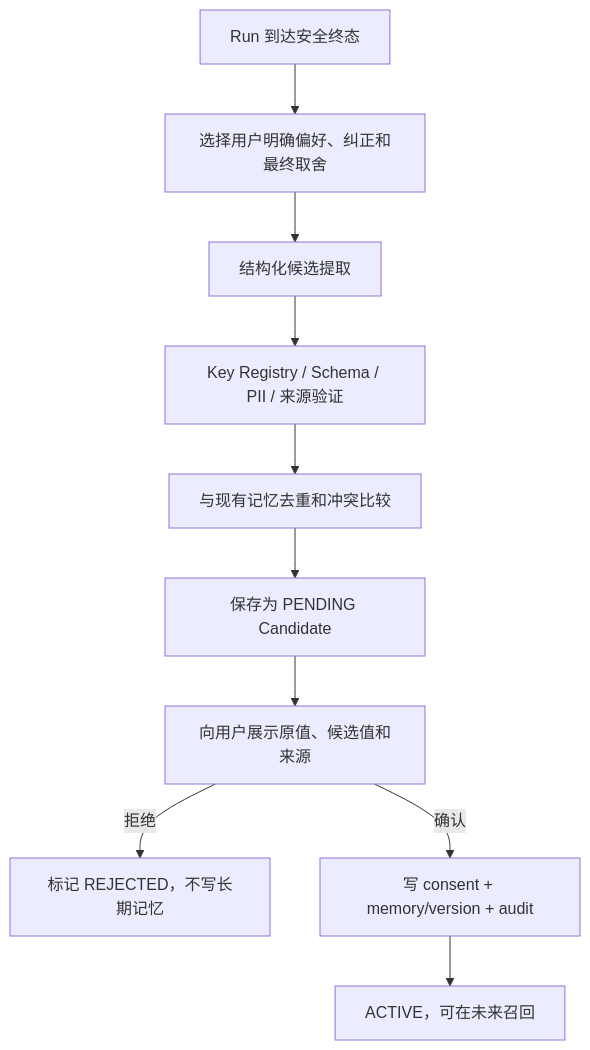
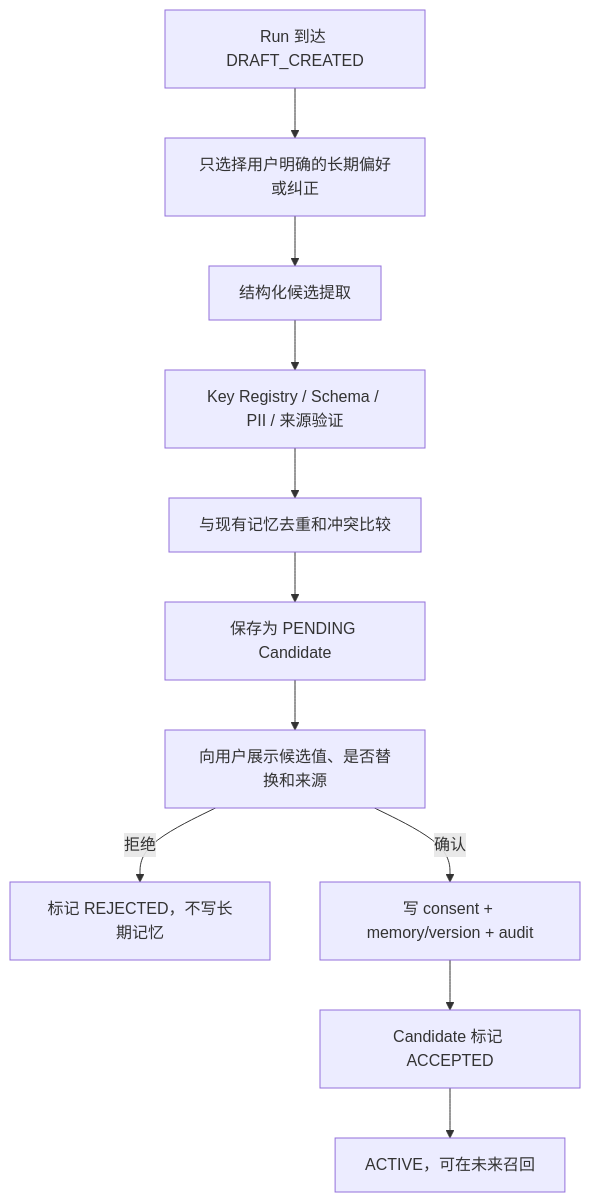
The third of 6 diagrams in docs/12-memory-context-technical-design.md (zxmEve/shopping-assistant), drawn with Mermaid before and after one commit. The commit also changed other lines of this file and 44 other files, not shown here.

````diff
--- a/docs/12-memory-context-technical-design.md
+++ b/docs/12-memory-context-technical-design.md
@@ -186,12 +192,13 @@
 ```mermaid
 flowchart TD
-    DONE[Run 到达安全终态] --> PICK[选择用户明确偏好、纠正和最终取舍]
+    DONE[Run 到达 DRAFT_CREATED] --> PICK[只选择用户明确的长期偏好或纠正]
     PICK --> EXTRACT[结构化候选提取]
     EXTRACT --> VALIDATE[Key Registry / Schema / PII / 来源验证]
     VALIDATE --> DEDUP[与现有记忆去重和冲突比较]
     DEDUP --> CAND[保存为 PENDING Candidate]
-    CAND --> SHOW[向用户展示原值、候选值和来源]
+    CAND --> SHOW[向用户展示候选值、是否替换和来源]
     SHOW -->|拒绝| REJECT[标记 REJECTED，不写长期记忆]
     SHOW -->|确认| WRITE[写 consent + memory/version + audit]
-    WRITE --> ACTIVE[ACTIVE，可在未来召回]
+    WRITE --> RESOLVE[Candidate 标记 ACCEPTED]
+    RESOLVE --> ACTIVE[ACTIVE，可在未来召回]
 ```
````
